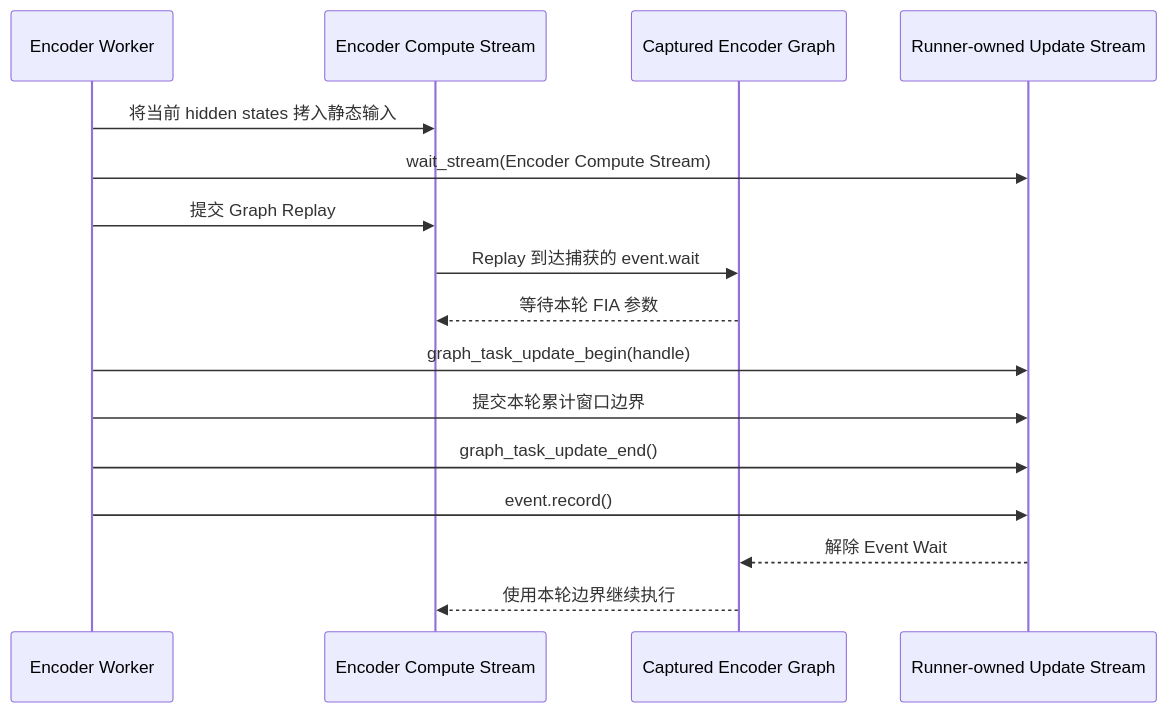
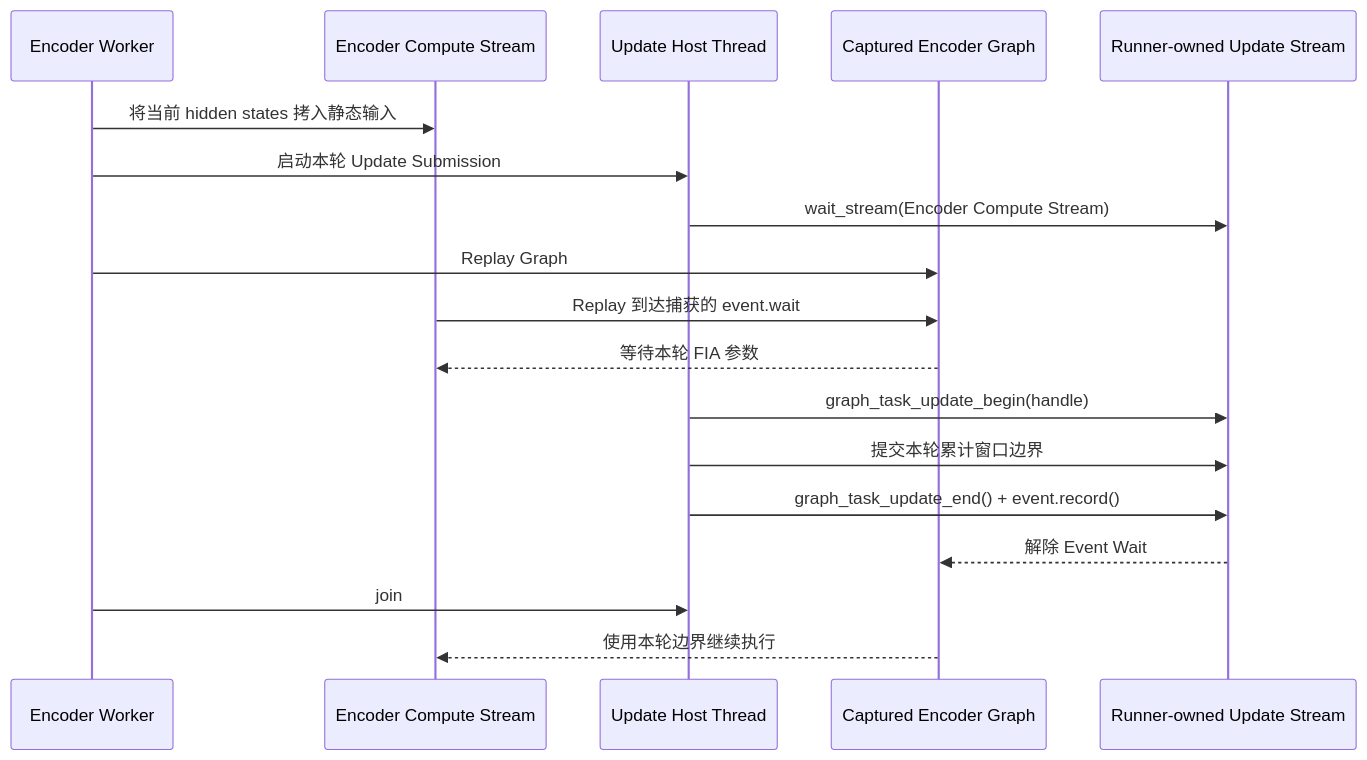
The second of 2 diagrams in sglang-omni/qwen3-asr-ascend-graph-debugging.zh-CN.md (wangyao-i/engineering-notes), drawn with Mermaid before and after one commit. The commit also changed other lines of this file and 1 other file, not shown here.

Commit message:
docs: align Qwen3-ASR Ascend graph design

````diff
--- a/sglang-omni/qwen3-asr-ascend-graph-debugging.zh-CN.md
+++ b/sglang-omni/qwen3-asr-ascend-graph-debugging.zh-CN.md
@@ -153,19 +151,21 @@
 ```mermaid
 sequenceDiagram
     participant EW as Encoder Worker
     participant ES as Encoder Compute Stream
+    participant UT as Update Host Thread
     participant G as Captured Encoder Graph
     participant US as Runner-owned Update Stream
 
     EW->>ES: 将当前 hidden states 拷入静态输入
-    EW->>US: wait_stream(Encoder Compute Stream)
-    EW->>ES: 提交 Graph Replay
+    EW->>UT: 启动本轮 Update Submission
+    UT->>US: wait_stream(Encoder Compute Stream)
+    EW->>G: Replay Graph
     ES->>G: Replay 到达捕获的 event.wait
     G-->>ES: 等待本轮 FIA 参数
-    EW->>US: graph_task_update_begin(handle)
-    EW->>US: 提交本轮累计窗口边界
-    EW->>US: graph_task_update_end()
-    EW->>US: event.record()
+    UT->>US: graph_task_update_begin(handle)
+    UT->>US: 提交本轮累计窗口边界
+    UT->>US: graph_task_update_end() + event.record()
     US-->>G: 解除 Event Wait
+    EW->>UT: join
     G-->>ES: 使用本轮边界继续执行
 ```
````
